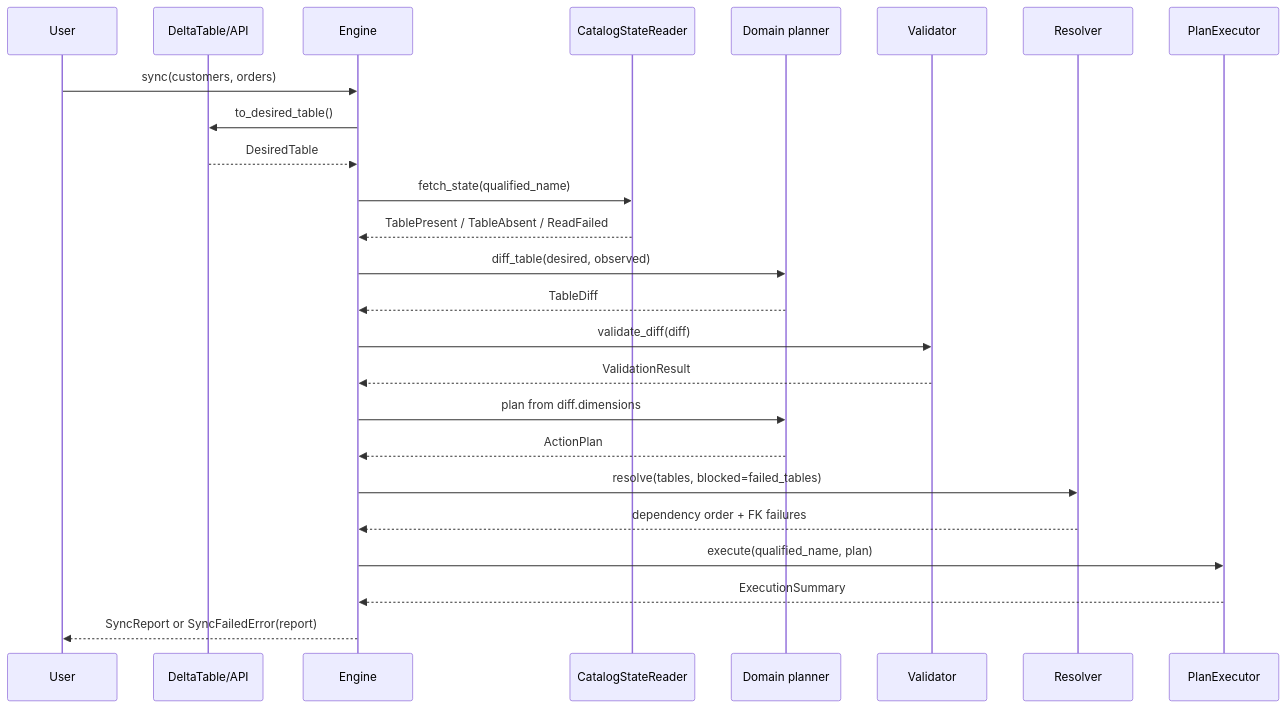
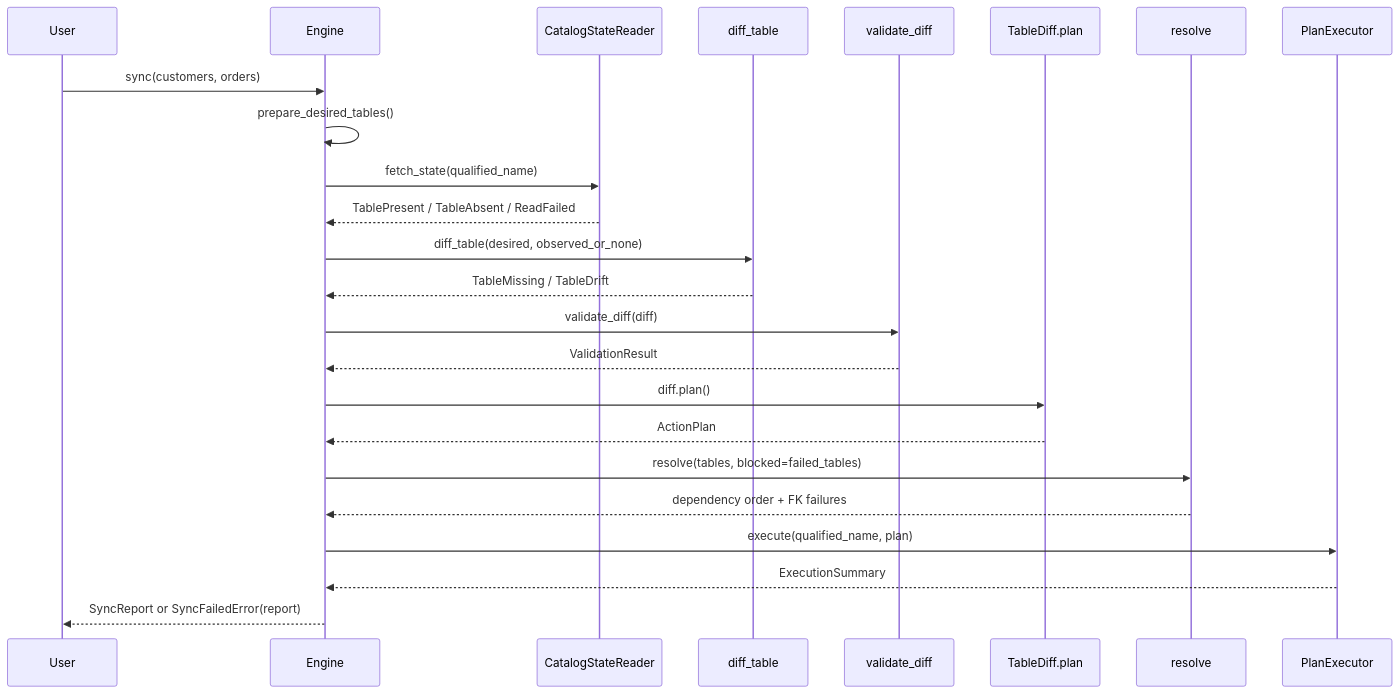
Before and after one commit to Tomoscorbin/delta-engine: the third of 5 diagrams in docs/explanation-architecture.md, drawn with Mermaid. The commit also changed other lines of this file, not shown here.

Commit message:
Improve architecture explanation docs

````diff
--- a/docs/explanation-architecture.md
+++ b/docs/explanation-architecture.md
@@ -76,28 +137,27 @@
 ```mermaid
 sequenceDiagram
     participant User
-    participant API as DeltaTable/API
     participant Engine
     participant Reader as CatalogStateReader
-    participant Domain as Domain planner
-    participant Validator
-    participant Resolver
+    participant Differ as diff_table
+    participant Validator as validate_diff
+    participant Planner as TableDiff.plan
+    participant Resolver as resolve
     participant Executor as PlanExecutor
 
     User->>Engine: sync(customers, orders)
-    Engine->>API: to_desired_table()
-    API-->>Engine: DesiredTable
+    Engine->>Engine: prepare_desired_tables()
     Engine->>Reader: fetch_state(qualified_name)
     Reader-->>Engine: TablePresent / TableAbsent / ReadFailed
-    Engine->>Domain: diff_table(desired, observed)
-    Domain-->>Engine: TableDiff
+    Engine->>Differ: diff_table(desired, observed_or_none)
+    Differ-->>Engine: TableMissing / TableDrift
     Engine->>Validator: validate_diff(diff)
     Validator-->>Engine: ValidationResult
-    Engine->>Domain: plan from diff.dimensions
-    Domain-->>Engine: ActionPlan
+    Engine->>Planner: diff.plan()
+    Planner-->>Engine: ActionPlan
     Engine->>Resolver: resolve(tables, blocked=failed_tables)
     Resolver-->>Engine: dependency order + FK failures
     Engine->>Executor: execute(qualified_name, plan)
     Executor-->>Engine: ExecutionSummary
     Engine-->>User: SyncReport or SyncFailedError(report)
 ```
````
